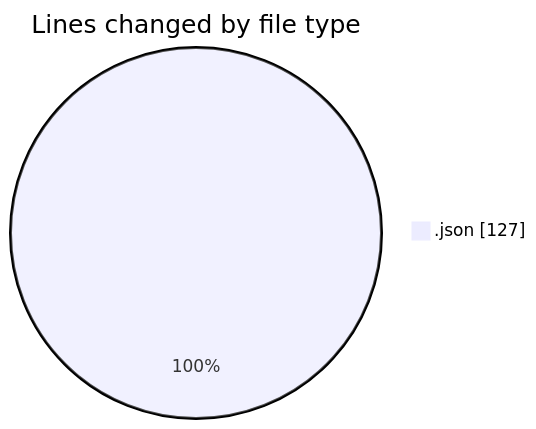
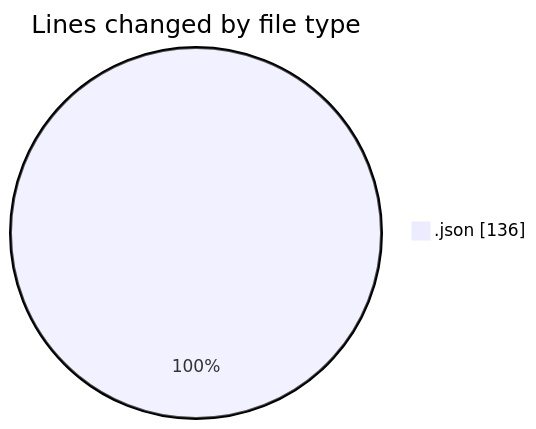
The first of 2 diagrams in 2025-08-10/transactions-new/README.md (EIIisD/code-tracking), drawn with Mermaid before and after one commit. The commit also changed other lines of this file and 1 other file, not shown here.

````diff
--- a/2025-08-10/transactions-new/README.md
+++ b/2025-08-10/transactions-new/README.md
@@ -21,5 +22,5 @@
 ```mermaid
 pie showData
 title Lines changed by file type
-".json" : 127
+".json" : 136
 ```
````
